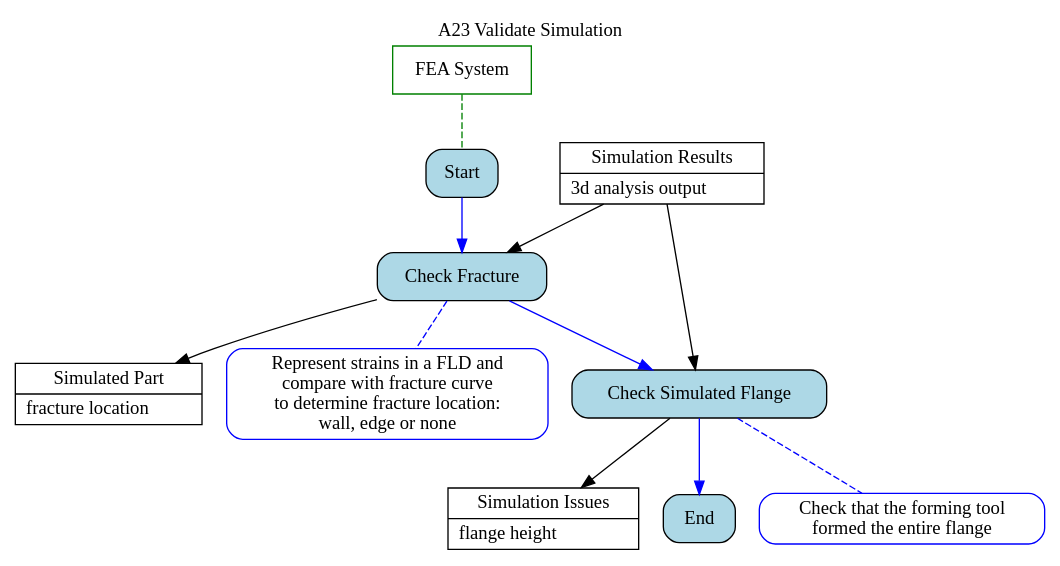
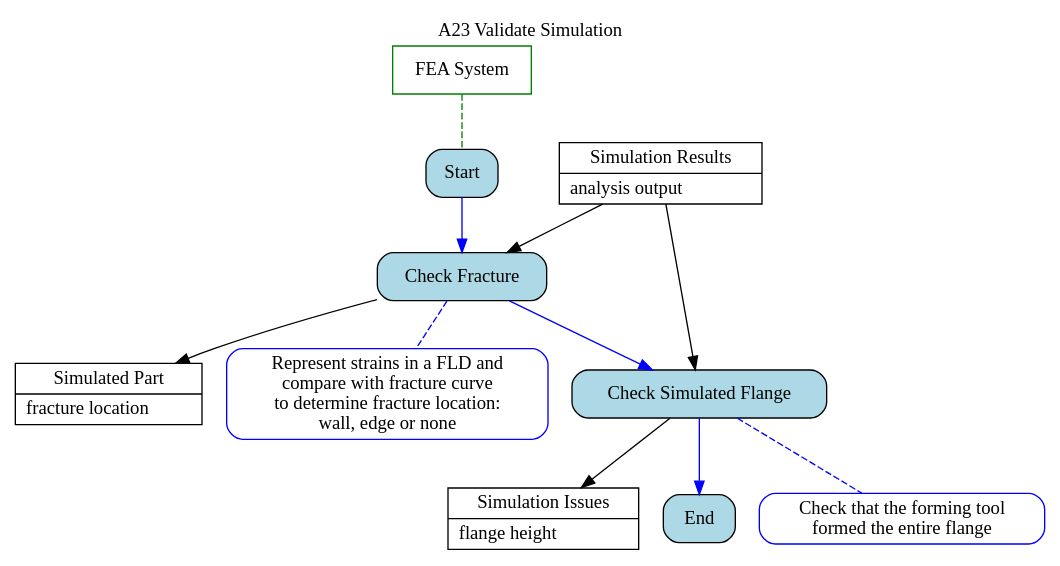
The diagram in Ontology_Layer/Behaviour_Model/05_A23.gv (ModelsforManufacturing/hole-flanging-by-SPIF-in-a-single-stage), drawn with Graphviz before and after one commit. The commit also changed 40 other files, not shown here.

```diff
--- a/Ontology_Layer/Behaviour_Model/05_A23.gv
+++ b/Ontology_Layer/Behaviour_Model/05_A23.gv
@@ -1,51 +1,51 @@
 digraph behaviourmodel {
 
 
 # activity title
 labelloc="t"
 label="A23 Validate Simulation"
 
 # inputs and outputs
 node [shape=record, style=filled, fillcolor=white, color=black]
-sim_res [label="{Simulation Results | 3d analysis output \l}"]
+sim_res [label="{Simulation Results | analysis output \l}"]
 sim_iss_h [label="{Simulation Issues | flange height \l}"]
 sim_part [label="{Simulated Part | fracture location \l}"]
 
 
 # mechanisms
 node [shape=box, style=filled, fillcolor=white, color=green]
 fea [label="FEA System"]
 
 # tasks definition
 node [shape=box, style="filled, rounded", fillcolor=lightblue, color=black]
 Start
 t1 [label="Check Fracture"]
 t2 [label="Check Simulated Flange"]
 End
 
 # rules
 node [shape=box, style="filled, rounded", fillcolor=white, color=blue]
 r1 [label="Represent strains in a FLD and\n compare with fracture curve\n to determine fracture location:\n wall, edge or none"]
 r2 [label="Check that the forming tool\n formed the entire flange"]
 
 # attaching rules
 edge [dir=none, color=blue, style=dashed]
 t1 -> r1
 t2 -> r2
 
 # task sequence
 edge [dir=forward, color=blue, fontcolor=blue, style=solid]
 Start -> t1
 t1 -> t2
 t2 -> End
 
 # attaching mechanisms
 edge [dir=none, color=green, style=dashed]
 fea -> Start
 
 # attaching inputs and outputs
 edge [dir=forward, color=black, fontcolor=black, style=solid]
 sim_res -> {t1, t2}
 t1 -> sim_part
 t2 -> sim_iss_h
 }
```
